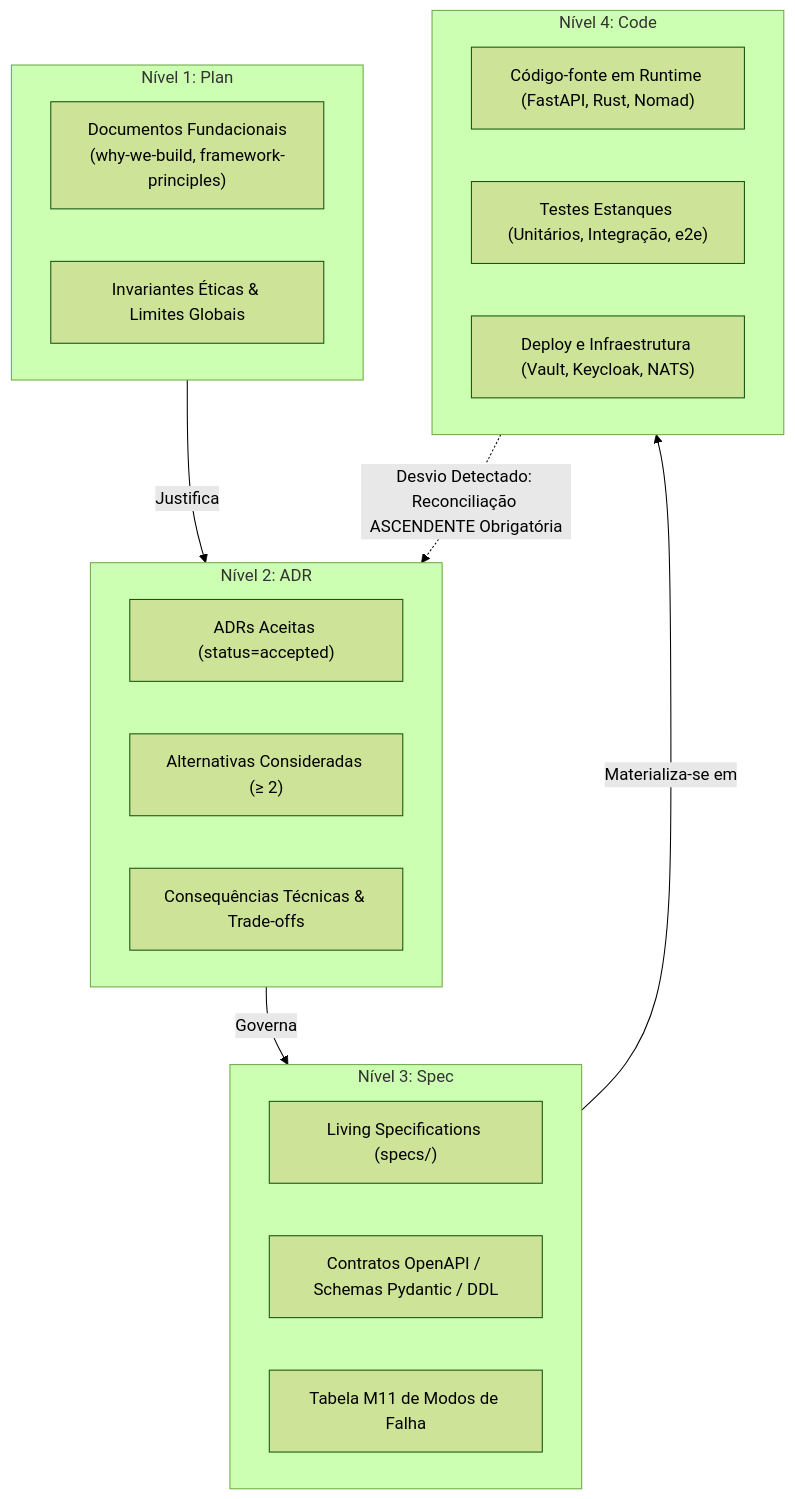
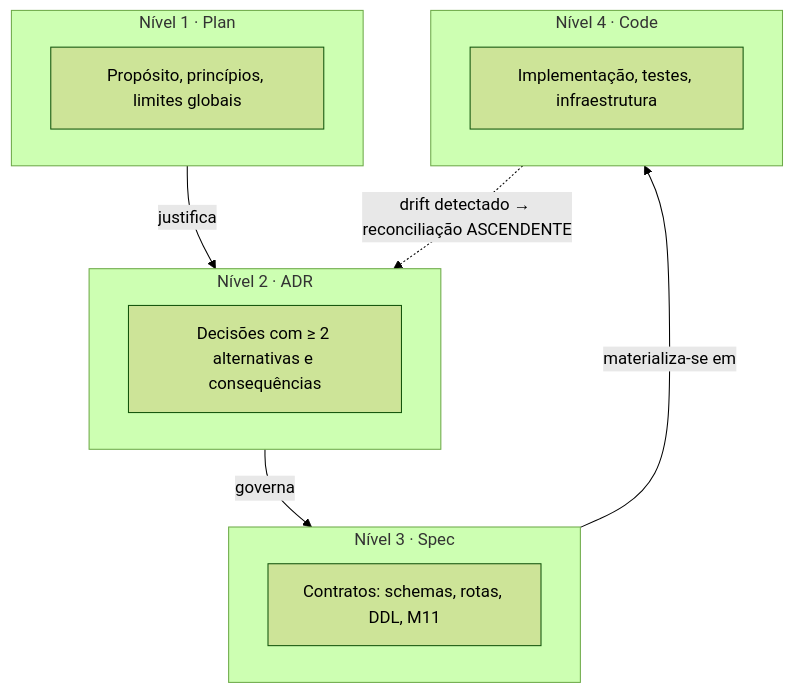
The diagram in docs/pt/03-hierarquia-da-verdade.md (fuzaro/EEEMIAD), drawn with Mermaid (forest theme) before and after one commit. The commit also changed other lines of this file and 65 other files, not shown here.

````diff
--- a/docs/pt/03-hierarquia-da-verdade.md
+++ b/docs/pt/03-hierarquia-da-verdade.md
@@ -11,31 +18,19 @@
 ```mermaid
 flowchart TD
-    subgraph PlanLayer ["Nível 1: Plan"]
-        P1["Documentos Fundacionais<br/>(why-we-build, framework-principles)"]
-        P2["Invariantes Éticas & Limites Globais"]
+    subgraph L1 ["Nível 1 · Plan"]
+        P1["Propósito, princípios, limites globais"]
     end
-
-    subgraph ADRLayer ["Nível 2: ADR"]
-        A1["ADRs Aceitas (status=accepted)"]
-        A2["Alternativas Consideradas (≥ 2)"]
-        A3["Consequências Técnicas & Trade-offs"]
+    subgraph L2 ["Nível 2 · ADR"]
+        A1["Decisões com ≥ 2 alternativas e consequências"]
     end
-
-    subgraph SpecLayer ["Nível 3: Spec"]
-        S1["Living Specifications (specs/)"]
-        S2["Contratos OpenAPI / Schemas Pydantic / DDL"]
-        S3["Tabela M11 de Modos de Falha"]
+    subgraph L3 ["Nível 3 · Spec"]
+        S1["Contratos: schemas, rotas, DDL, M11"]
     end
-
-    subgraph CodeLayer ["Nível 4: Code"]
-        C1["Código-fonte em Runtime (FastAPI, Rust, Nomad)"]
-        C2["Testes Estanques (Unitários, Integração, e2e)"]
-        C3["Deploy e Infraestrutura (Vault, Keycloak, NATS)"]
+    subgraph L4 ["Nível 4 · Code"]
+        C1["Implementação, testes, infraestrutura"]
     end
-
-    PlanLayer -->|Justifica| ADRLayer
-    ADRLayer -->|Governa| SpecLayer
-    SpecLayer -->|Materializa-se em| CodeLayer
-
-    CodeLayer -.->|"Desvio Detectado: Reconciliação ASCENDENTE Obrigatória"| ADRLayer
+    L1 -->|justifica| L2
+    L2 -->|governa| L3
+    L3 -->|materializa-se em| L4
+    L4 -.->|"drift detectado → reconciliação ASCENDENTE"| L2
 ```
````
